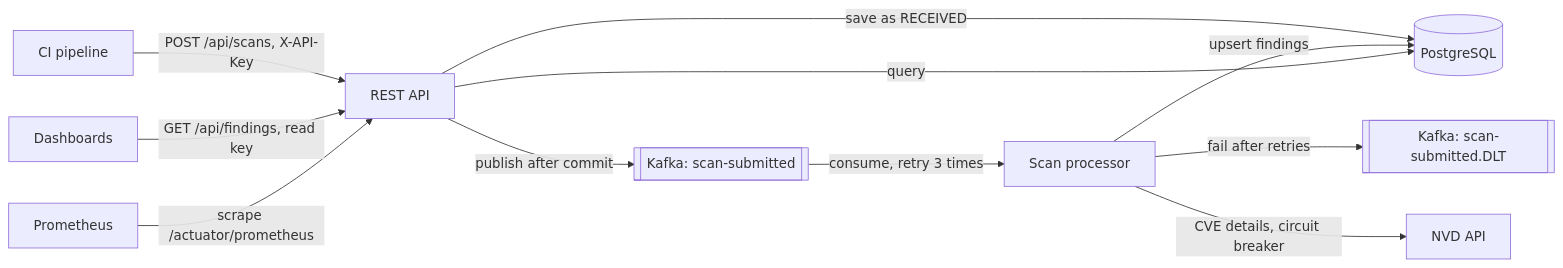
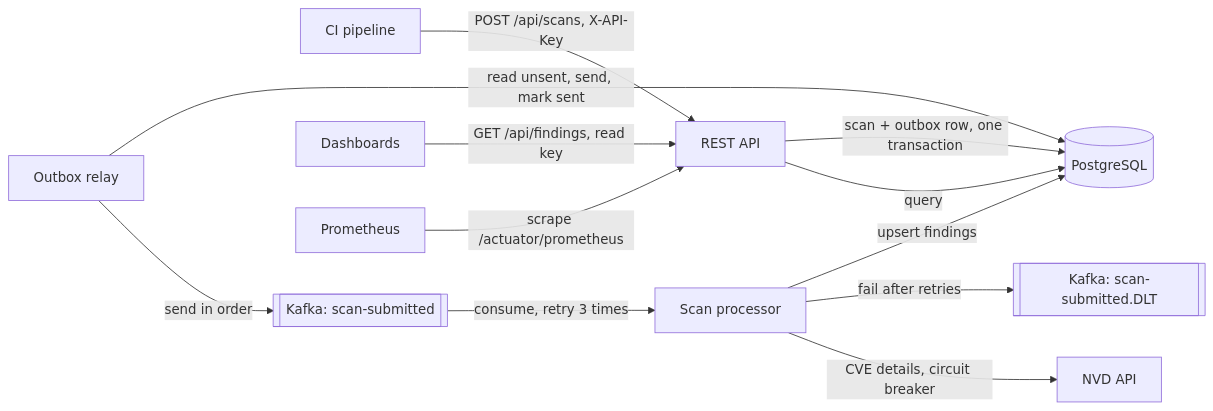
The diagram in README.md (rayapatibharathi4-afk/vulntrack), drawn with Mermaid before and after one commit. The commit also changed other lines of this file and 16 other files, not shown here.

First line of the commit message:
Transactional outbox: scan and message commit together, relay sends in order (closes dual write)

````diff
--- a/README.md
+++ b/README.md
@@ -35,13 +35,14 @@
 ```mermaid
 flowchart LR
     CI[CI pipeline] -->|POST /api/scans, X-API-Key| API[REST API]
-    API -->|save as RECEIVED| DB[(PostgreSQL)]
-    API -->|publish after commit| K[[Kafka: scan-submitted]]
+    API -->|scan + outbox row, one transaction| DB[(PostgreSQL)]
+    R[Outbox relay] -->|read unsent, send, mark sent| DB
+    R -->|send in order| K[[Kafka: scan-submitted]]
     K -->|consume, retry 3 times| P[Scan processor]
     P -->|upsert findings| DB
     P -->|fail after retries| D[[Kafka: scan-submitted.DLT]]
     P -->|CVE details, circuit breaker| NVD[NVD API]
     U[Dashboards] -->|GET /api/findings, read key| API
     API -->|query| DB
     PR[Prometheus] -->|scrape /actuator/prometheus| API
 ```
````
